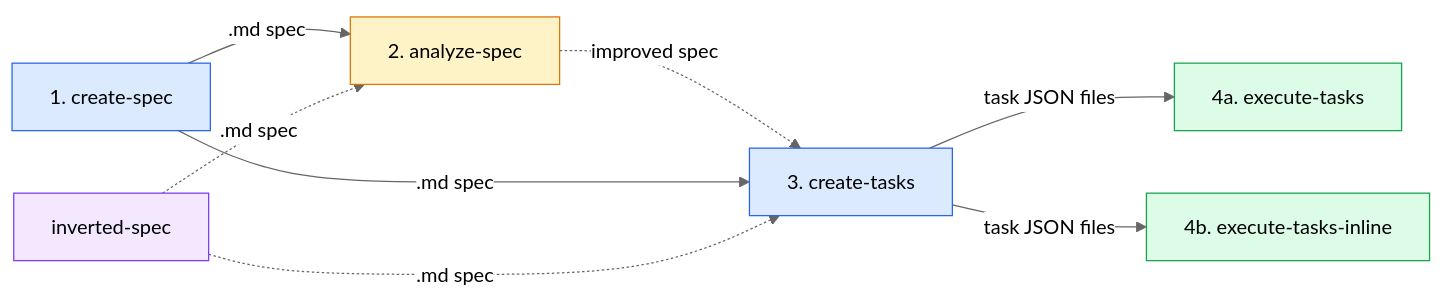
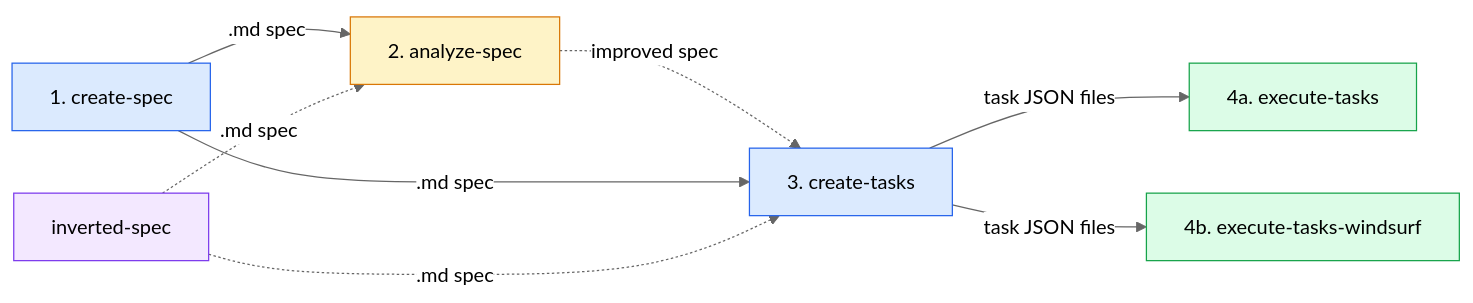
The first of 9 diagrams in plugins/sdd/skills/DEEP-DIVE.md (sequenzia/agent-tools), drawn with Mermaid (neutral theme) before and after one commit. The commit also changed other lines of this file and 10 other files, not shown here.

First line of the commit message:
refactor(sdd): rename execute-tasks-inline to execute-tasks-windsurf and add script-based hardening

````diff
--- a/plugins/sdd/skills/DEEP-DIVE.md
+++ b/plugins/sdd/skills/DEEP-DIVE.md
@@ -36,15 +36,15 @@
 ```mermaid
 flowchart LR
     CS["1. create-spec"]:::primary -->|".md spec"| AS["2. analyze-spec"]:::warning
     AS -.->|"improved spec"| CT["3. create-tasks"]:::primary
     CS -->|".md spec"| CT
     CT -->|"task JSON files"| ET["4a. execute-tasks"]:::success
-    CT -->|"task JSON files"| ETI["4b. execute-tasks-inline"]:::success
+    CT -->|"task JSON files"| ETI["4b. execute-tasks-windsurf"]:::success
     IS["inverted-spec"]:::secondary -.->|".md spec"| AS
     IS -.->|".md spec"| CT
 
     classDef primary fill:#dbeafe,stroke:#2563eb,color:#000
     classDef warning fill:#fef3c7,stroke:#d97706,color:#000
     classDef success fill:#dcfce7,stroke:#16a34a,color:#000
     classDef secondary fill:#f3e8ff,stroke:#7c3aed,color:#000
 ```
````
